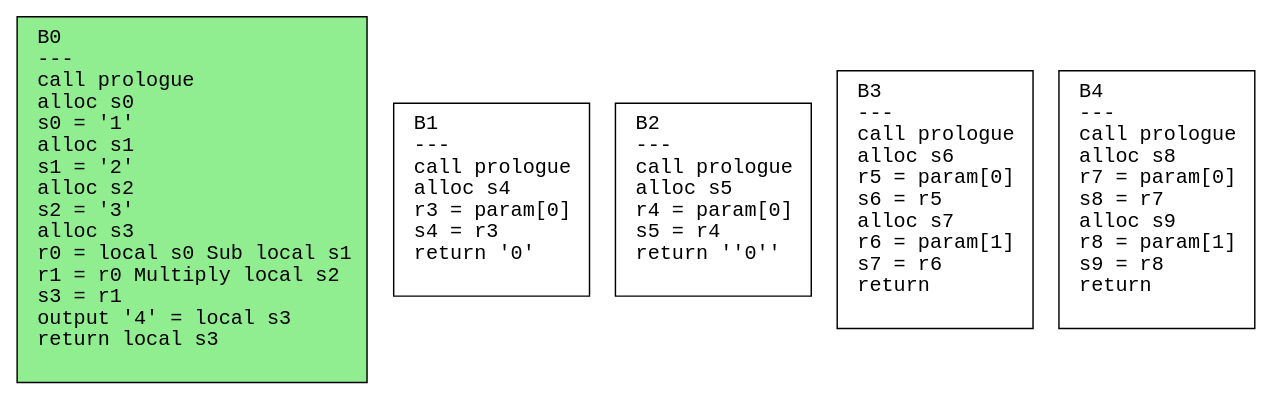
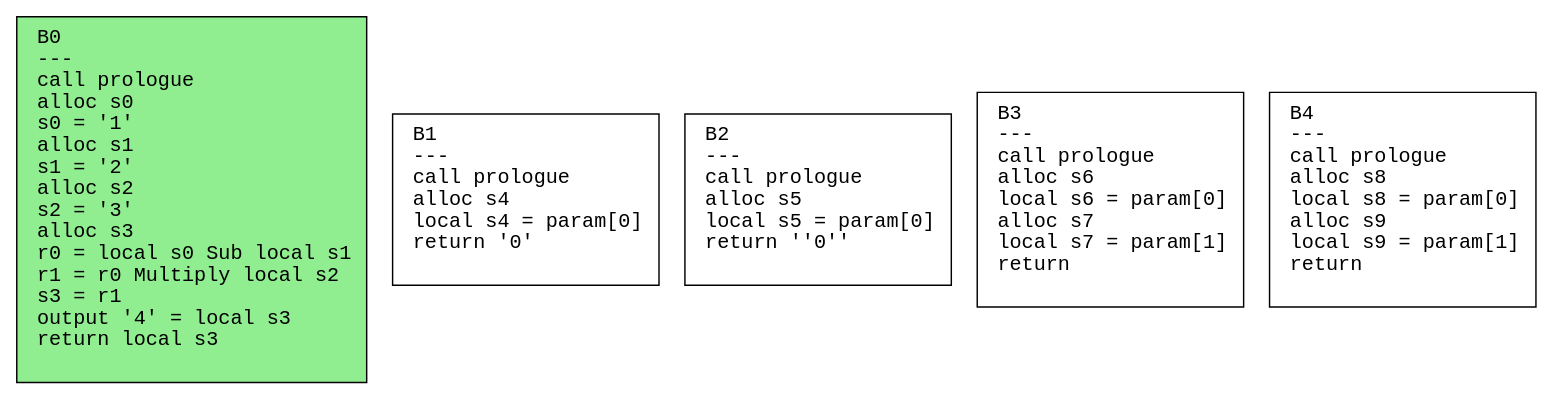
Before and after one commit to safarislava/ProcTranslator: the diagram in schemes/calc.dot, drawn with Graphviz. The commit also changed 20 other files, not shown here.

```diff
--- a/schemes/calc.dot
+++ b/schemes/calc.dot
@@ -1,12 +1,12 @@
 digraph CFG {
   rankdir=TB;
   node [shape=box, fontname="Courier", style=filled, fillcolor=white, margin="0.2,0.1"];
   edge [fontname="Courier"];
 
   "B0" [label="B0\l---\lcall prologue\lalloc s0\ls0 = '1'\lalloc s1\ls1 = '2'\lalloc s2\ls2 = '3'\lalloc s3\lr0 = local s0 Sub local s1\lr1 = r0 Multiply local s2\ls3 = r1\loutput '4' = local s3\lreturn local s3\l "];
-  "B1" [label="B1\l---\lcall prologue\lalloc s4\lr3 = param[0]\ls4 = r3\lreturn '0'\l "];
-  "B2" [label="B2\l---\lcall prologue\lalloc s5\lr4 = param[0]\ls5 = r4\lreturn ''0''\l "];
-  "B3" [label="B3\l---\lcall prologue\lalloc s6\lr5 = param[0]\ls6 = r5\lalloc s7\lr6 = param[1]\ls7 = r6\lreturn\l "];
-  "B4" [label="B4\l---\lcall prologue\lalloc s8\lr7 = param[0]\ls8 = r7\lalloc s9\lr8 = param[1]\ls9 = r8\lreturn\l "];
+  "B1" [label="B1\l---\lcall prologue\lalloc s4\llocal s4 = param[0]\lreturn '0'\l "];
+  "B2" [label="B2\l---\lcall prologue\lalloc s5\llocal s5 = param[0]\lreturn ''0''\l "];
+  "B3" [label="B3\l---\lcall prologue\lalloc s6\llocal s6 = param[0]\lalloc s7\llocal s7 = param[1]\lreturn\l "];
+  "B4" [label="B4\l---\lcall prologue\lalloc s8\llocal s8 = param[0]\lalloc s9\llocal s9 = param[1]\lreturn\l "];
   "B0" [fillcolor=lightgreen];
 }
```
